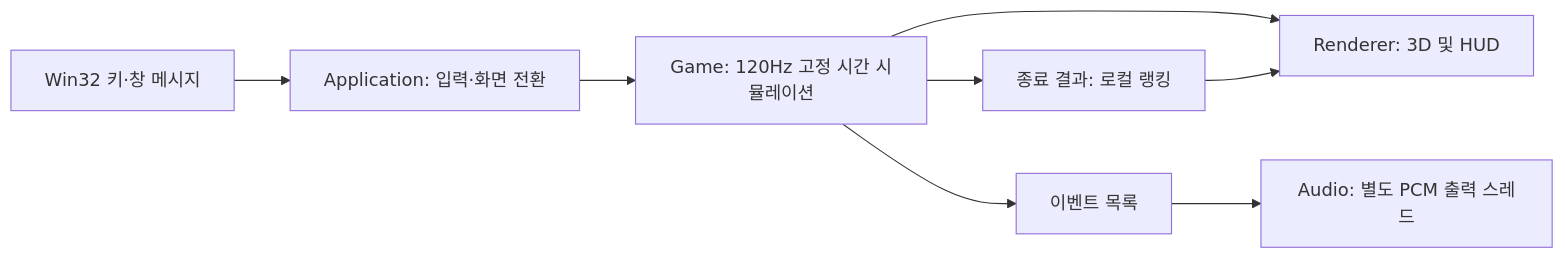
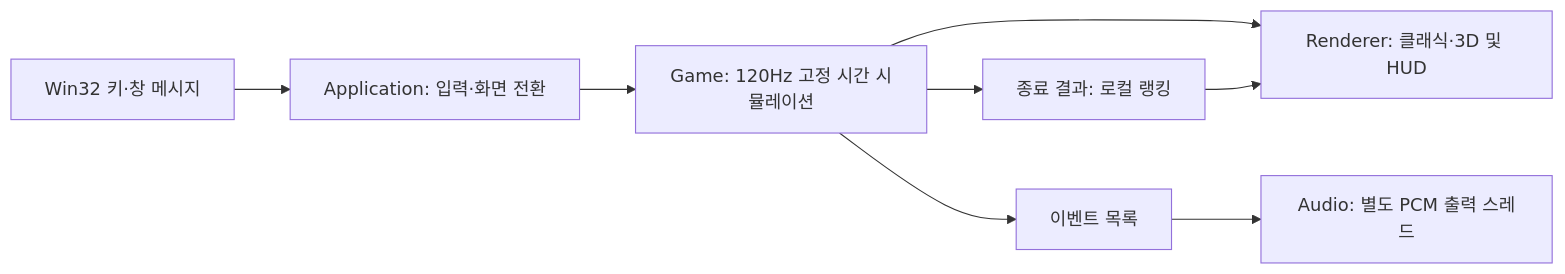
The diagram in README.md (2026PM-final-project/final-project), drawn with Mermaid before and after one commit. The commit also changed other lines of this file and 23 other files, not shown here.

````diff
--- a/README.md
+++ b/README.md
@@ -136,10 +141,10 @@
 ```mermaid
 flowchart LR
     W[Win32 키·창 메시지] --> A[Application: 입력·화면 전환]
     A --> G[Game: 120Hz 고정 시간 시뮬레이션]
-    G --> R[Renderer: 3D 및 HUD]
+    G --> R[Renderer: 클래식·3D 및 HUD]
     G --> E[이벤트 목록]
     E --> S[Audio: 별도 PCM 출력 스레드]
     G --> K[종료 결과: 로컬 랭킹]
     K --> R
 ```
````
